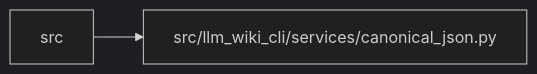
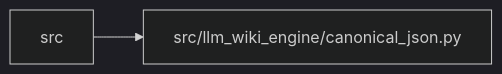
Before and after one commit to Denissvgn/python-wiki-llm: the diagram in docs/llm_wiki/modules/canonical_json.md, drawn with Mermaid (dark theme). The commit also changed other lines of this file and 1103 other files, not shown here.

First line of the commit message:
docs: refresh the wiki for the llm-wiki-engine distribution

````diff
--- a/docs/llm_wiki/modules/canonical_json.md
+++ b/docs/llm_wiki/modules/canonical_json.md
@@ -25,7 +25,7 @@
 ```mermaid
 flowchart LR
     n0["src"]
-    n1["src/llm_wiki_cli/services/canonical_json.py"]
+    n1["src/llm_wiki_engine/canonical_json.py"]
     n0 --> n1
     click n1 "../modules/canonical_json.md"
 ```
````
